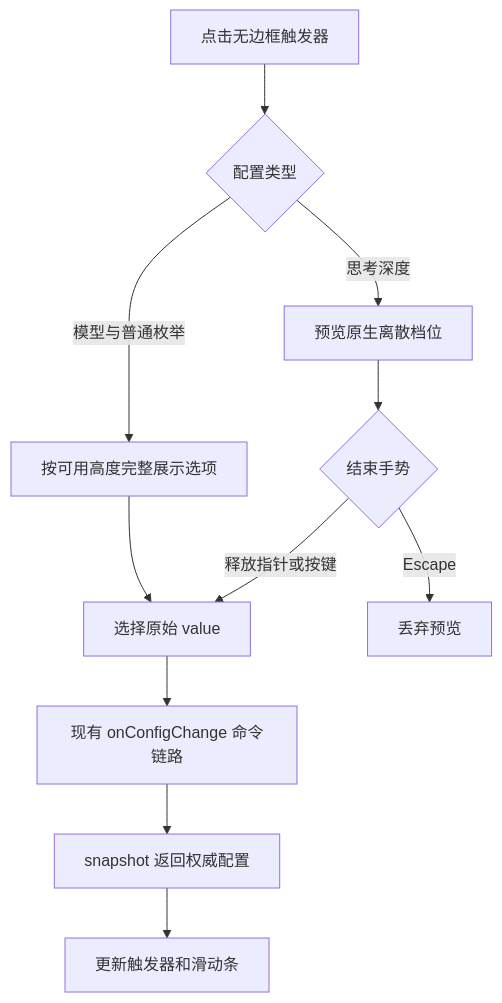
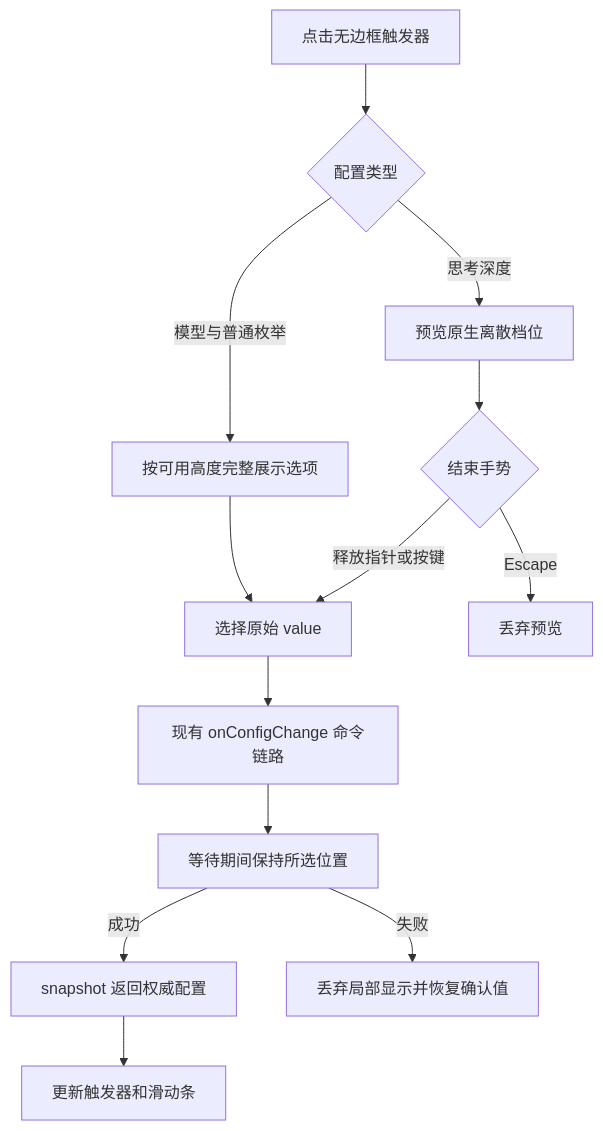
One commit to OpenX123/ZCode changed the fourth of 9 diagrams in docs/desktop/external-agent-engines-spec.md. Above: the diagram before and after it, drawn with Mermaid. The commit also changed other lines of this file and 13 other files, not shown here.

````diff
--- a/docs/desktop/external-agent-engines-spec.md
+++ b/docs/desktop/external-agent-engines-spec.md
@@ -164,13 +165,15 @@
 ```mermaid
 flowchart TD
   A[点击无边框触发器] --> B{配置类型}
   B -->|模型与普通枚举| C[按可用高度完整展示选项]
   B -->|思考深度| D[预览原生离散档位]
   C --> E[选择原始 value]
   D --> F{结束手势}
   F -->|释放指针或按键| E
   F -->|Escape| G[丢弃预览]
   E --> H[现有 onConfigChange 命令链路]
-  H --> I[snapshot 返回权威配置]
+  H --> K[等待期间保持所选位置]
+  K -->|成功| I[snapshot 返回权威配置]
+  K -->|失败| L[丢弃局部显示并恢复确认值]
   I --> J[更新触发器和滑动条]
 ```
````
